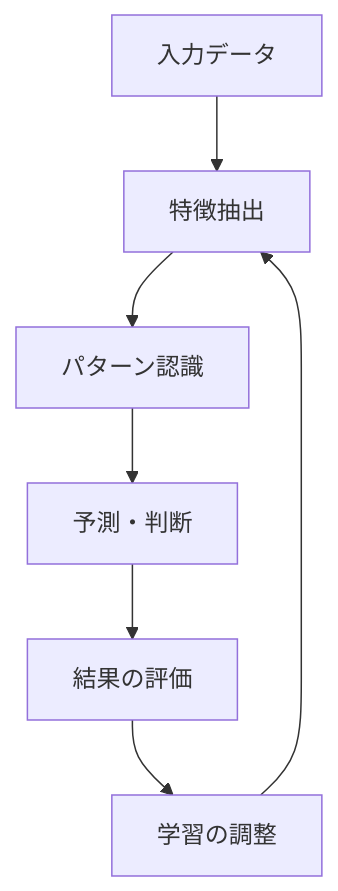
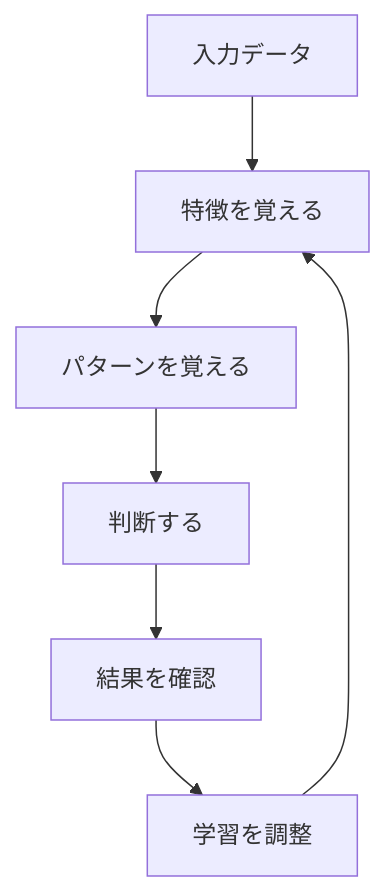
Before and after one commit to haruka-aibara/haruka-aibara: the diagram in docs/AI/100_入門_ディープラーニングの基礎.md, drawn with Mermaid. The commit also changed other lines of this file and 34 other files, not shown here.

````diff
--- a/docs/AI/100_入門_ディープラーニングの基礎.md
+++ b/docs/AI/100_入門_ディープラーニングの基礎.md
@@ -39,9 +39,9 @@
 ```mermaid
 graph TD
-    A[入力データ] --> B[特徴抽出]
-    B --> C[パターン認識]
-    C --> D[予測・判断]
-    D --> E[結果の評価]
-    E --> F[学習の調整]
+    A[入力データ] --> B[特徴を覚える]
+    B --> C[パターンを覚える]
+    C --> D[判断する]
+    D --> E[結果を確認]
+    E --> F[学習を調整]
     F --> B
 ```
````
